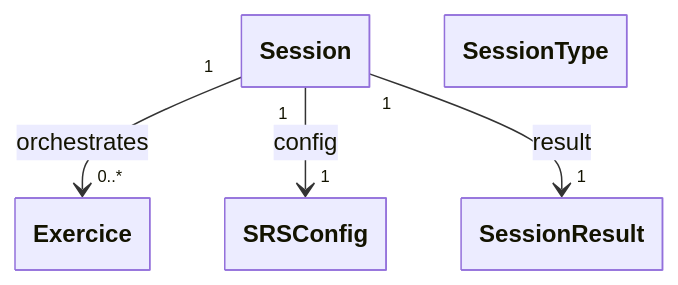
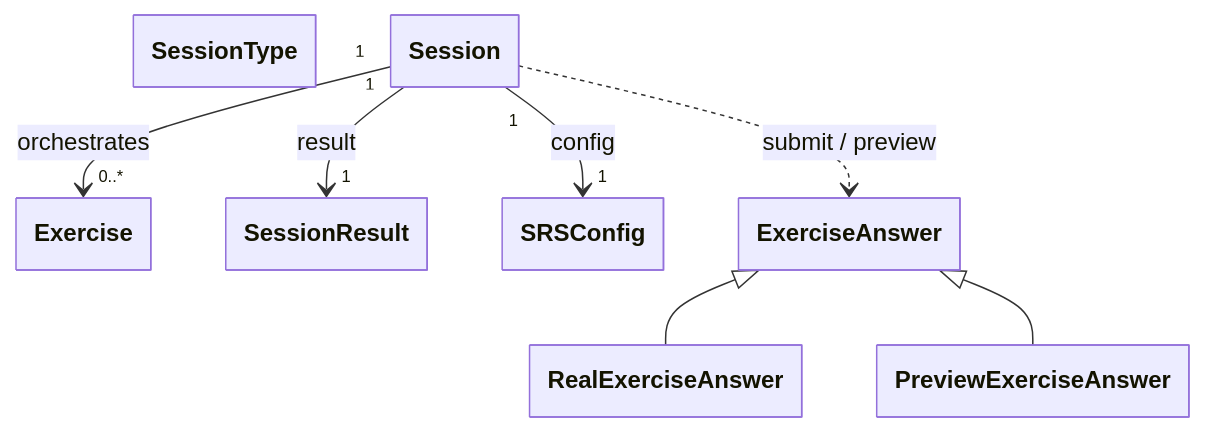
Before and after one commit to Antoine-Lagache/psitta: the diagram in docs/architecture/sessions.md, drawn with Mermaid. The commit also changed other lines of this file and 43 other files, not shown here.

````diff
--- a/docs/architecture/sessions.md
+++ b/docs/architecture/sessions.md
@@ -39,13 +39,22 @@
 ```mermaid
 %%{init: {"class": {"hideEmptyMembersBox": true}} }%%
 classDiagram
+    class SessionType
     class Session
-    class Exercice
-    class SessionType
+    class Exercise
     class SessionResult
     class SRSConfig
 
-    Session "1" --> "0..*" Exercice : orchestrates
+    class ExerciseAnswer
+    class RealExerciseAnswer
+    class PreviewExerciseAnswer
+
+    Session "1" --> "0..*" Exercise : orchestrates
     Session "1" --> "1" SRSConfig : config
     Session "1" --> "1" SessionResult : result
+
+    ExerciseAnswer <|-- RealExerciseAnswer
+    ExerciseAnswer <|-- PreviewExerciseAnswer
+
+    Session ..> ExerciseAnswer : submit / preview
 ```
````
